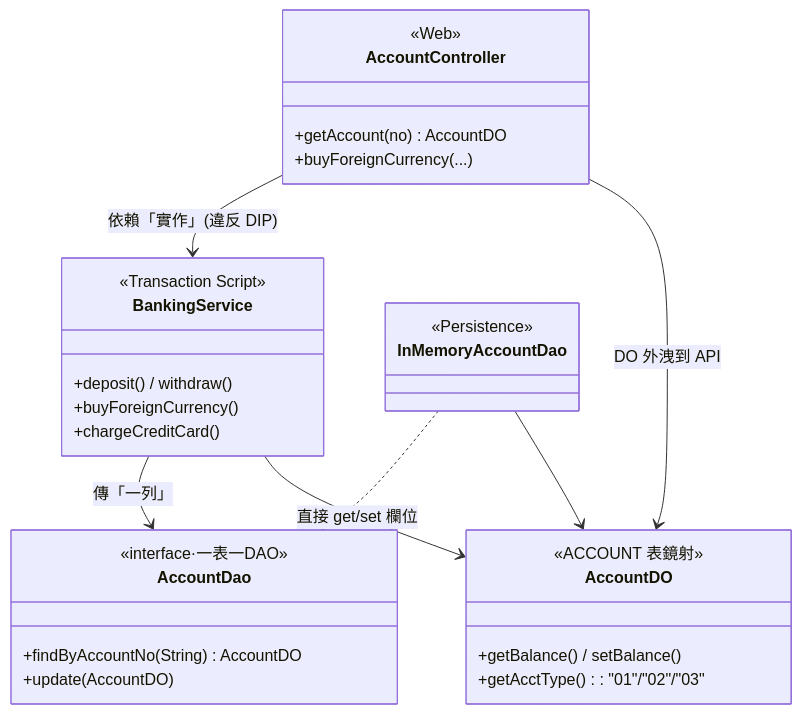
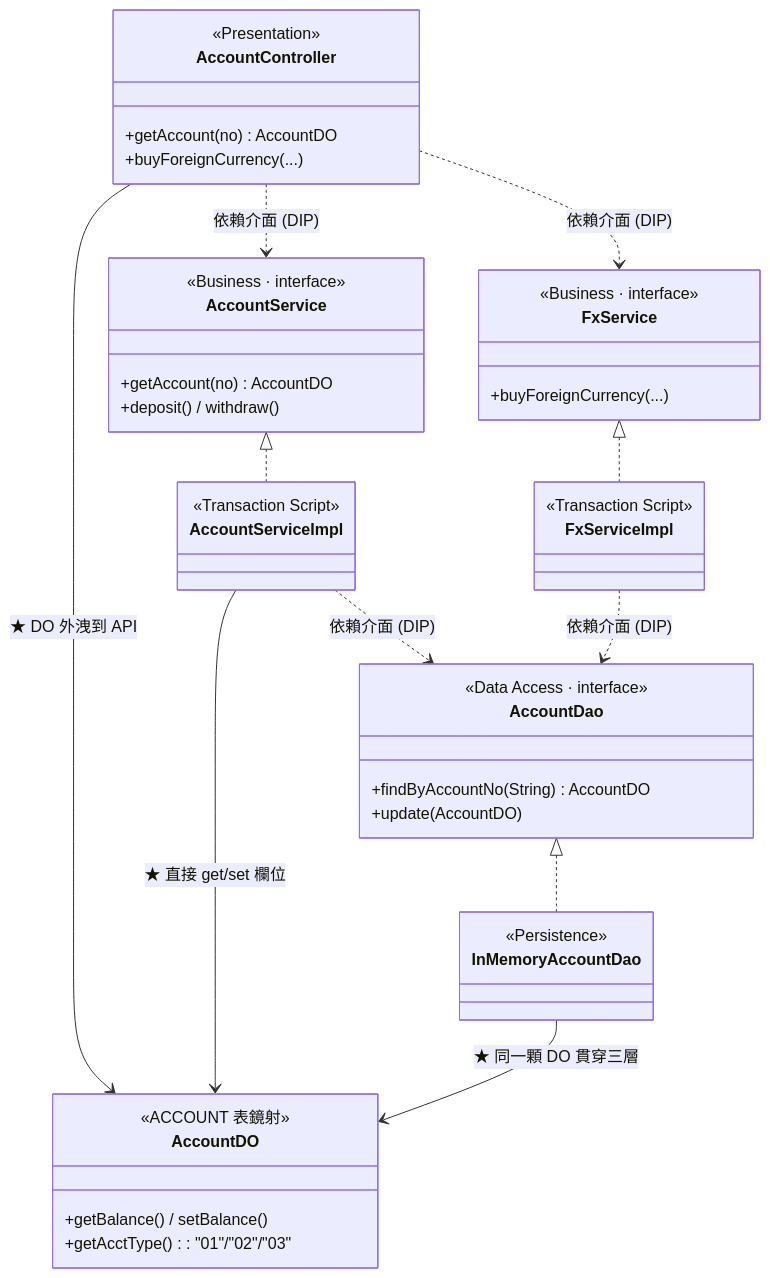
The fifth of 6 diagrams in README.md (ChunPingWang/data-model-vs-domain-mode), drawn with Mermaid before and after one commit. The commit also changed other lines of this file and 63 other files, not shown here.

````diff
--- a/README.md
+++ b/README.md
@@ -219,34 +258,47 @@
 ```mermaid
 classDiagram
     direction TB
     class AccountController {
-        <<Web>>
+        <<Presentation>>
         +getAccount(no) AccountDO
         +buyForeignCurrency(...)
     }
-    class BankingService {
+    class AccountService {
+        <<Business · interface>>
+        +getAccount(no) AccountDO
+        +deposit() / withdraw()
+    }
+    class FxService {
+        <<Business · interface>>
+        +buyForeignCurrency(...)
+    }
+    class AccountServiceImpl {
         <<Transaction Script>>
-        +deposit() / withdraw()
-        +buyForeignCurrency()
-        +chargeCreditCard()
+    }
+    class FxServiceImpl {
+        <<Transaction Script>>
     }
     class AccountDao {
-        <<interface·一表一DAO>>
+        <<Data Access · interface>>
         +findByAccountNo(String) AccountDO
         +update(AccountDO)
     }
     class InMemoryAccountDao {
         <<Persistence>>
     }
     class AccountDO {
         <<ACCOUNT 表鏡射>>
         +getBalance() / setBalance()
         +getAcctType() : "01"/"02"/"03"
     }
-    AccountController --> BankingService : 依賴「實作」(違反 DIP)
-    AccountController --> AccountDO : DO 外洩到 API
-    BankingService --> AccountDao : 傳「一列」
-    BankingService --> AccountDO : 直接 get/set 欄位
-    InMemoryAccountDao ..|> AccountDao
-    InMemoryAccountDao --> AccountDO
+    AccountController ..> AccountService : 依賴介面 (DIP)
+    AccountController ..> FxService : 依賴介面 (DIP)
+    AccountService <|.. AccountServiceImpl
+    FxService <|.. FxServiceImpl
+    AccountServiceImpl ..> AccountDao : 依賴介面 (DIP)
+    FxServiceImpl ..> AccountDao : 依賴介面 (DIP)
+    AccountDao <|.. InMemoryAccountDao
+    AccountController --> AccountDO : ★ DO 外洩到 API
+    AccountServiceImpl --> AccountDO : ★ 直接 get/set 欄位
+    InMemoryAccountDao --> AccountDO : ★ 同一顆 DO 貫穿三層
 ```
````
